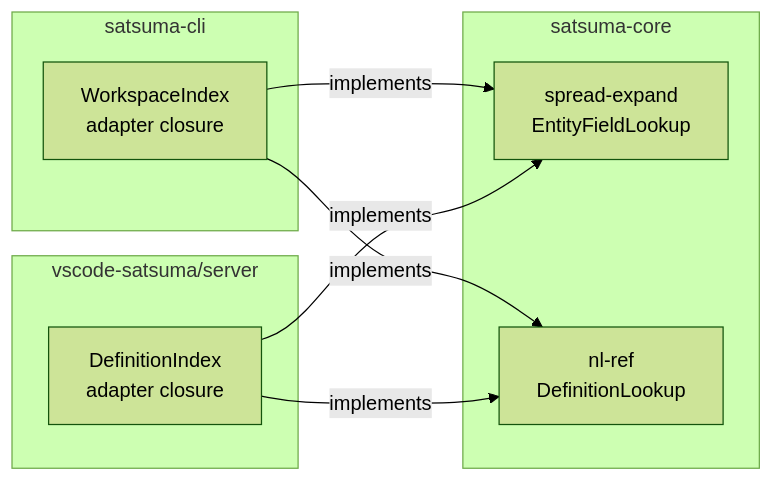
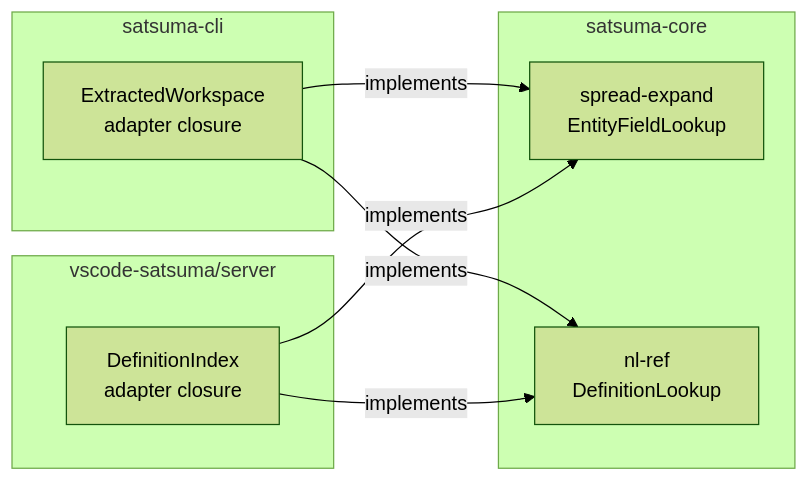
Before and after one commit to thorbenlouw/satsuma-lang: the fourth of 4 diagrams in docs/developer/ARCHITECTURE.md, drawn with Mermaid (forest theme). The commit also changed other lines of this file and 1 other file, not shown here.

````diff
--- a/docs/developer/ARCHITECTURE.md
+++ b/docs/developer/ARCHITECTURE.md
@@ -228,18 +228,18 @@
 ```mermaid
 graph LR
   subgraph satsuma-core
     SPR["spread-expand\nEntityFieldLookup"]
     NL["nl-ref\nDefinitionLookup"]
   end
   subgraph satsuma-cli
-    WI["WorkspaceIndex\nadapter closure"]
+    WI["ExtractedWorkspace\nadapter closure"]
   end
   subgraph vscode-satsuma/server
     DI["DefinitionIndex\nadapter closure"]
   end
 
   WI -- "implements" --> SPR
   WI -- "implements" --> NL
   DI -- "implements" --> SPR
   DI -- "implements" --> NL
 ```
````
